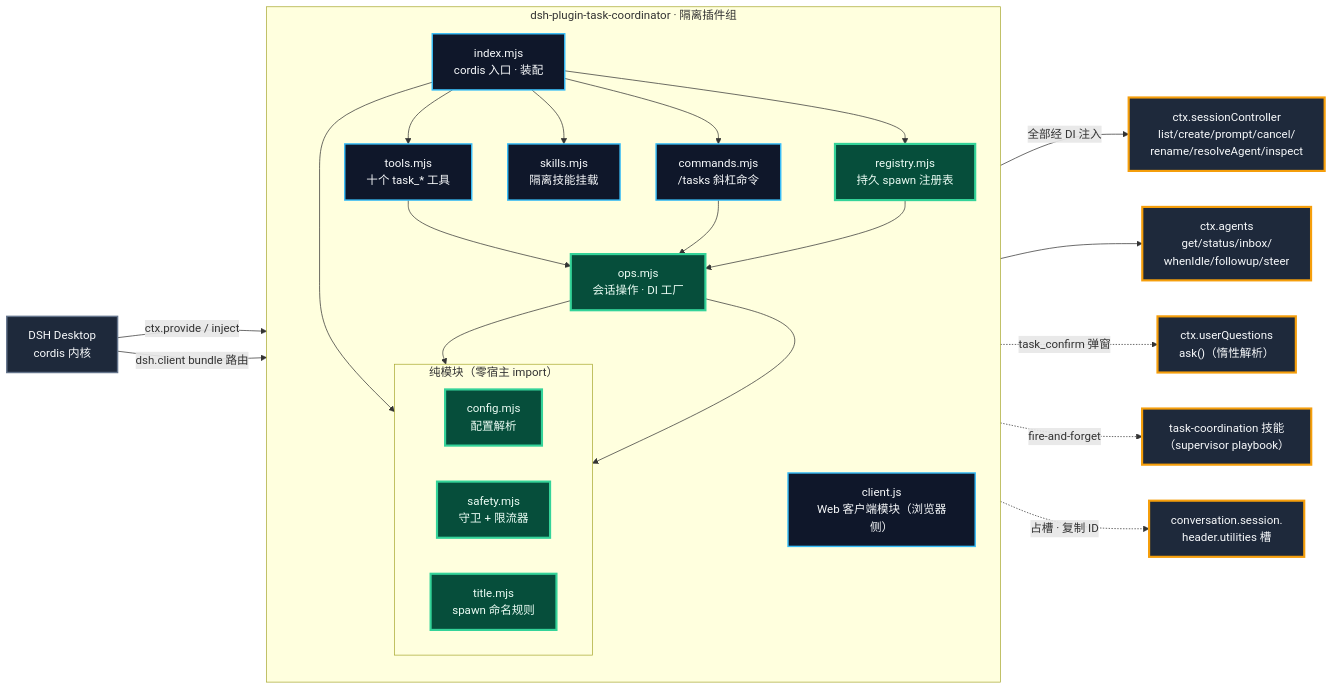
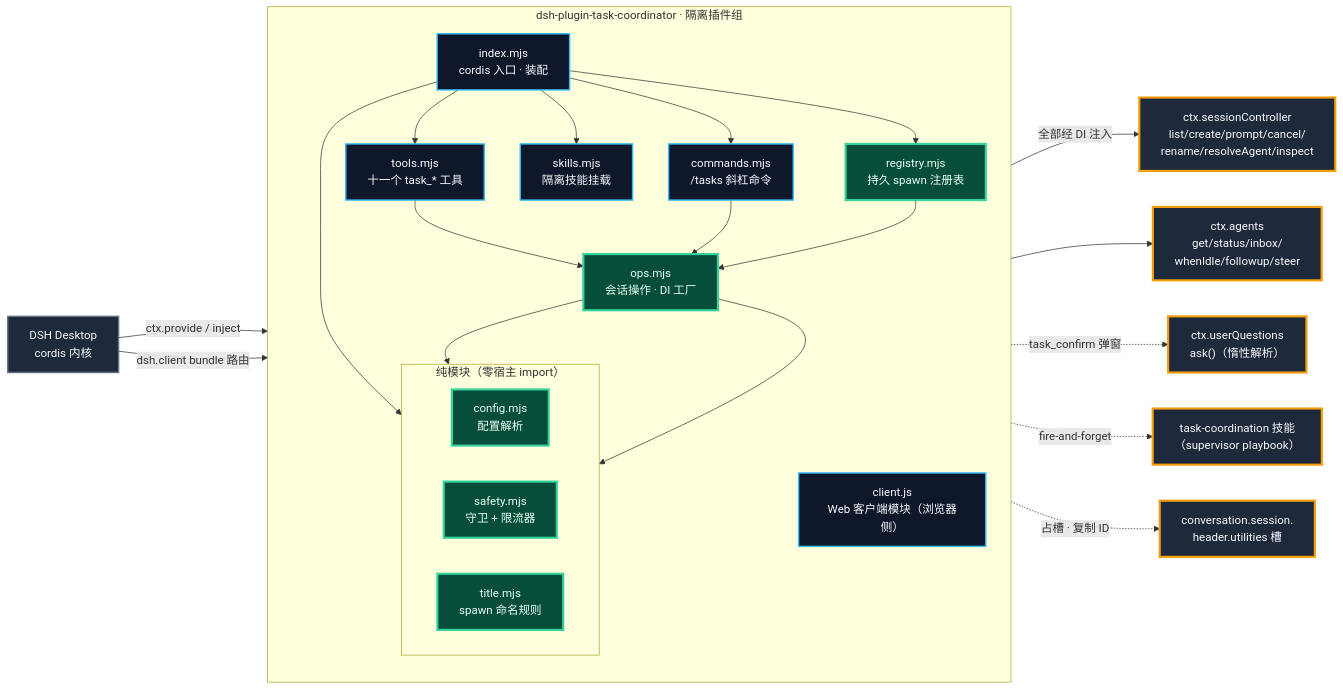
One commit to Kayungko/dsh-plugin-task-coordinator changed the diagram in docs/ARCHITECTURE.md. Above: the diagram before and after it, drawn with Mermaid. The commit also changed other lines of this file and 12 other files, not shown here.

````diff
--- a/docs/ARCHITECTURE.md
+++ b/docs/ARCHITECTURE.md
@@ -15,54 +15,54 @@
 ```mermaid
 flowchart LR
     host["DSH Desktop<br/>cordis 内核"]
 
     subgraph plugin["dsh-plugin-task-coordinator · 隔离插件组"]
         direction TB
         index["index.mjs<br/>cordis 入口 · 装配"]
-        tools["tools.mjs<br/>十个 task_* 工具"]
+        tools["tools.mjs<br/>十一个 task_* 工具"]
         commands["commands.mjs<br/>/tasks 斜杠命令"]
         ops["ops.mjs<br/>会话操作 · DI 工厂"]
         skills["skills.mjs<br/>隔离技能挂载"]
         registry["registry.mjs<br/>持久 spawn 注册表"]
         client["client.js<br/>Web 客户端模块（浏览器侧）"]
 
         subgraph pure["纯模块（零宿主 import）"]
             direction LR
             config["config.mjs<br/>配置解析"]
             safety["safety.mjs<br/>守卫 + 限流器"]
             title["title.mjs<br/>spawn 命名规则"]
         end
 
         index --> tools --> ops
         index --> commands --> ops
         index --> skills
         index --> config
         index --> registry --> ops
         ops --> safety
         ops --> title
     end
 
     sc["ctx.sessionController<br/>list/create/prompt/cancel/<br/>rename/resolveAgent/inspect"]
     agents["ctx.agents<br/>get/status/inbox/<br/>whenIdle/followup/steer"]
     uq["ctx.userQuestions<br/>ask()（惰性解析）"]
     skill["task-coordination 技能<br/>（supervisor playbook）"]
     slot["conversation.session.<br/>header.utilities 槽"]
 
     host -->|"ctx.provide / inject"| index
     host -->|"dsh.client bundle 路由"| client
     ops -->|"全部经 DI 注入"| sc
     ops --> agents
     ops -.->|"task_confirm 弹窗"| uq
     skills -.->|"fire-and-forget"| skill
     client -.->|"占槽 · 复制 ID"| slot
 
     classDef host fill:#1E293B,stroke:#64748B,color:#F8FAFC,stroke-width:2px;
     classDef wiring fill:#0F172A,stroke:#38BDF8,color:#F8FAFC,stroke-width:2px;
     classDef core fill:#064E3B,stroke:#34D399,color:#ECFDF5,stroke-width:3px;
     classDef target fill:#1E293B,stroke:#F59E0B,color:#F8FAFC,stroke-width:3px;
 
     class host host;
     class index,tools,commands,skills,client wiring;
     class ops,config,safety,title,registry core;
     class sc,agents,uq,skill,slot target;
 ```
````
